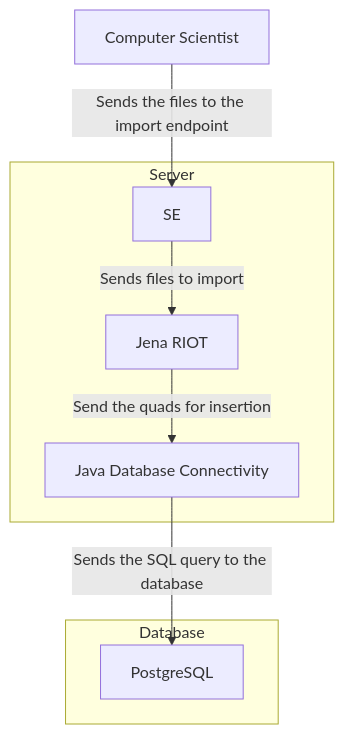
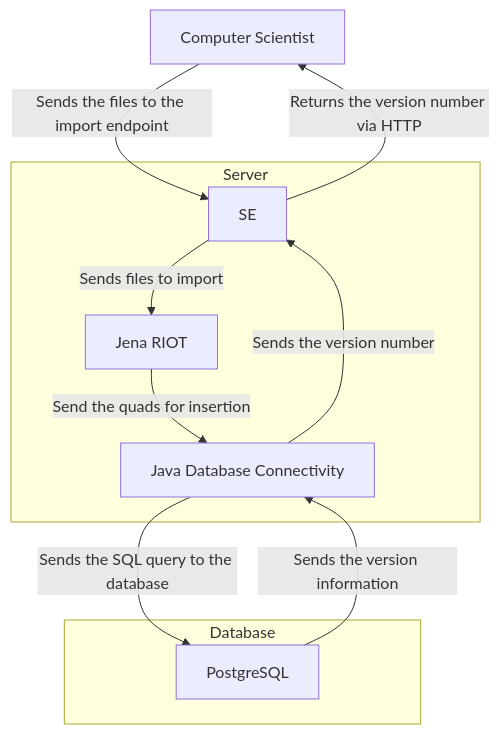
Before and after one commit to VCityTeam/ConVer-G: the fourth of 5 diagrams in Readme.md, drawn with Mermaid. The commit also changed other lines of this file and 12 other files, not shown here.

````diff
--- a/Readme.md
+++ b/Readme.md
@@ -240,11 +239,17 @@
 ```mermaid
 flowchart TB
     CS[Computer Scientist] -->|Sends the files to the import endpoint| SE
+    SE -->|Returns the version number via HTTP| CS
+    
     subgraph Server
         SE -->|Sends files to import| RIOT[Jena RIOT]
         RIOT -->|Send the quads for insertion| JDBC[Java Database Connectivity]
+        
+        JDBC -->|Sends the version number| SE
     end
+    
     subgraph Database
         JDBC -->|Sends the SQL query to the database| DB[PostgreSQL]
+        DB -->|Sends the version information| JDBC
     end
 ```
````
